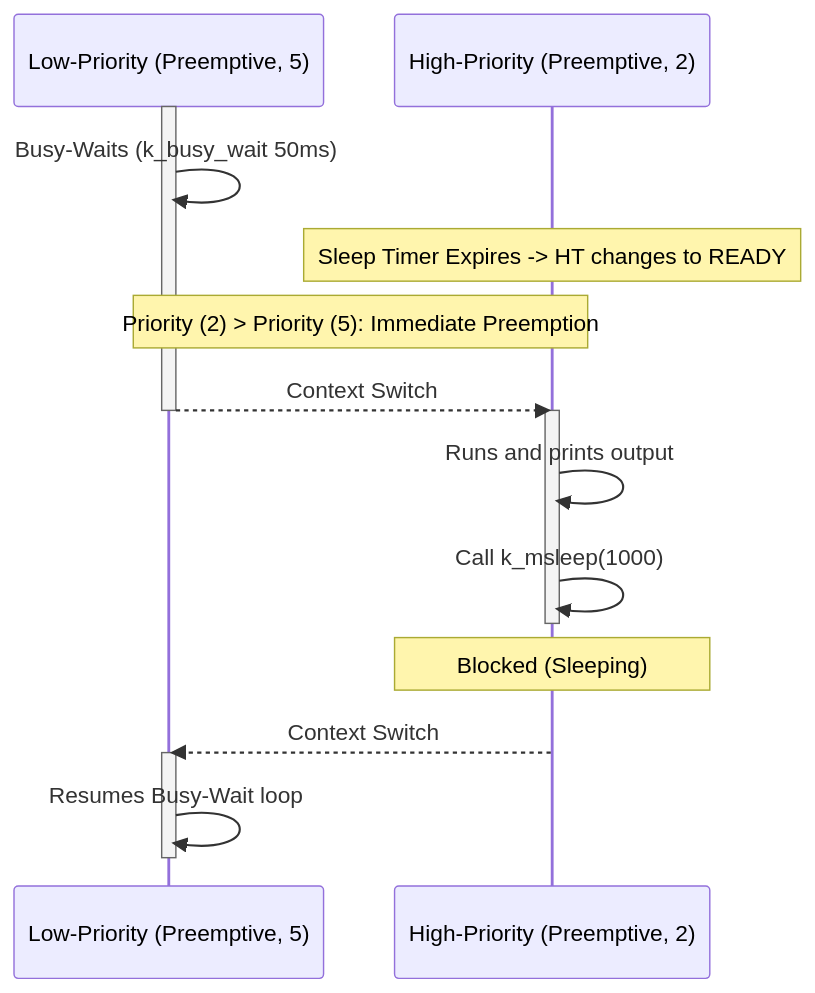
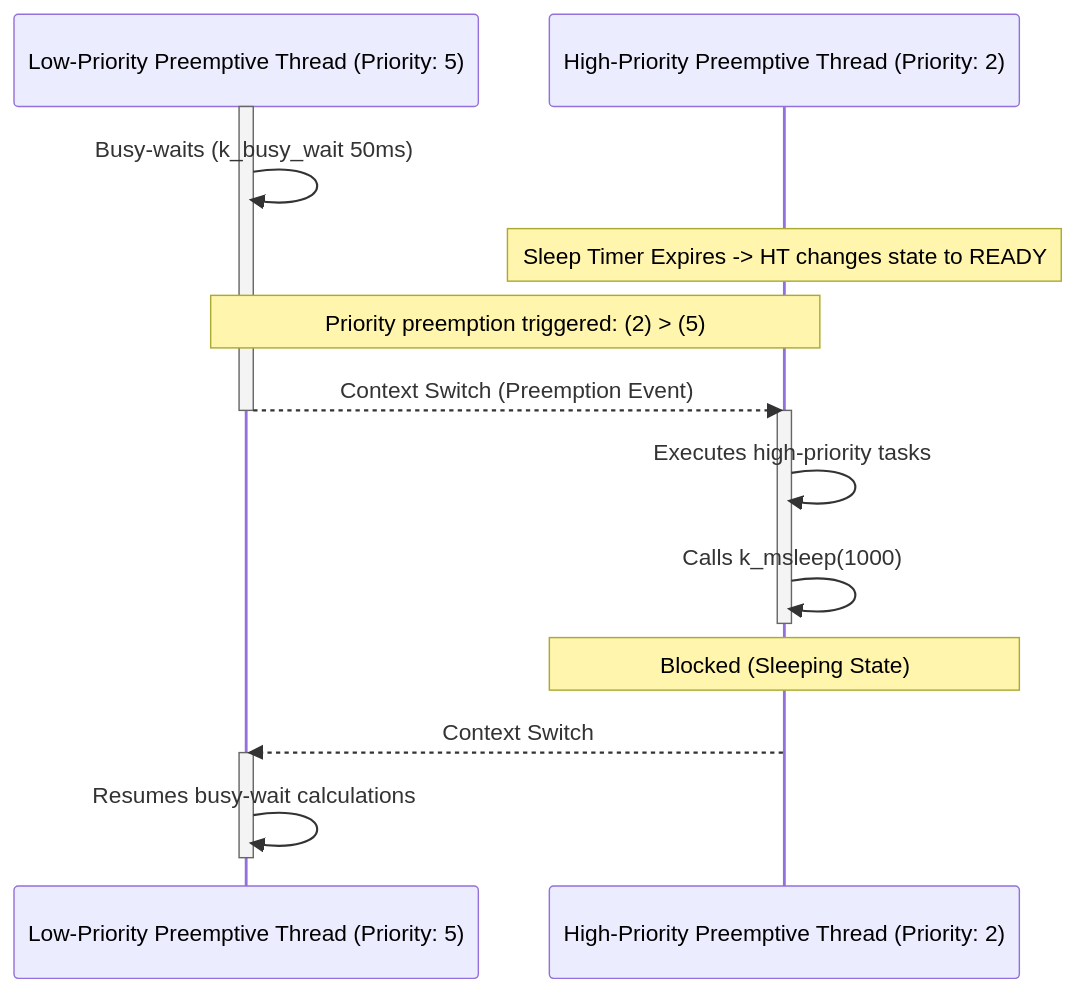
The second of 2 diagrams in README.md (PriyaSelvakumar123/zephyr-rtos-projects), drawn with Mermaid before and after one commit. The commit also changed other lines of this file, not shown here.

````diff
--- a/README.md
+++ b/README.md
@@ -82,20 +127,20 @@
 ```mermaid
 sequenceDiagram
-    participant LT as Low-Priority (Preemptive, 5)
-    participant HT as High-Priority (Preemptive, 2)
+    participant LT as Low-Priority Preemptive Thread (Priority: 5)
+    participant HT as High-Priority Preemptive Thread (Priority: 2)
     activate LT
-    LT->>LT: Busy-Waits (k_busy_wait 50ms)
-    Note over HT: Sleep Timer Expires -> HT changes to READY
-    Note over LT,HT: Priority (2) > Priority (5): Immediate Preemption
-    LT-->>HT: Context Switch
+    LT->>LT: Busy-waits (k_busy_wait 50ms)
+    Note over HT: Sleep Timer Expires -> HT changes state to READY
+    Note over LT,HT: Priority preemption triggered: (2) > (5)
+    LT-->>HT: Context Switch (Preemption Event)
     deactivate LT
     activate HT
-    HT->>HT: Runs and prints output
-    HT->>HT: Call k_msleep(1000)
+    HT->>HT: Executes high-priority tasks
+    HT->>HT: Calls k_msleep(1000)
     deactivate HT
-    Note over HT: Blocked (Sleeping)
+    Note over HT: Blocked (Sleeping State)
     HT-->>LT: Context Switch
     activate LT
-    LT->>LT: Resumes Busy-Wait loop
+    LT->>LT: Resumes busy-wait calculations
     deactivate LT
 ```
````
